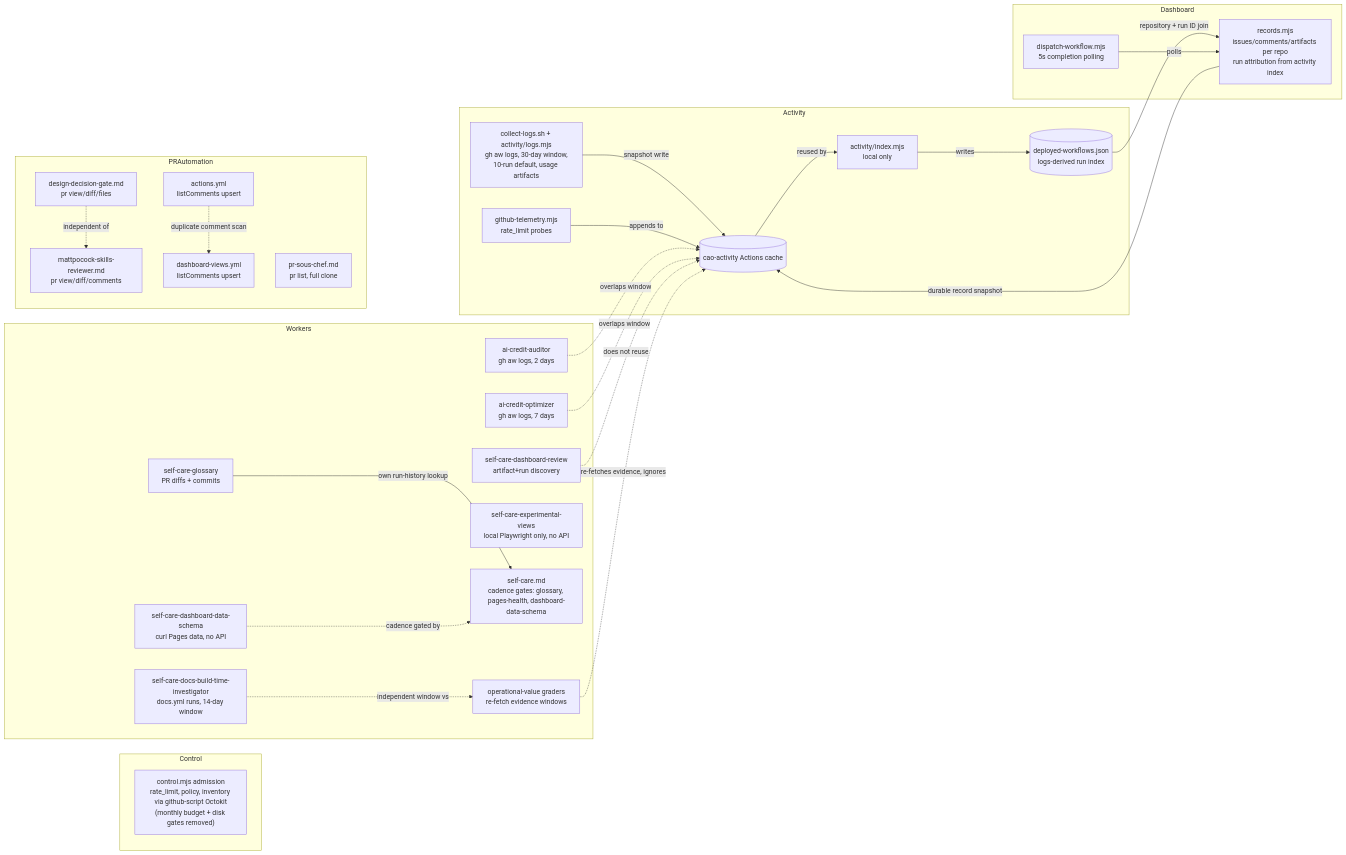
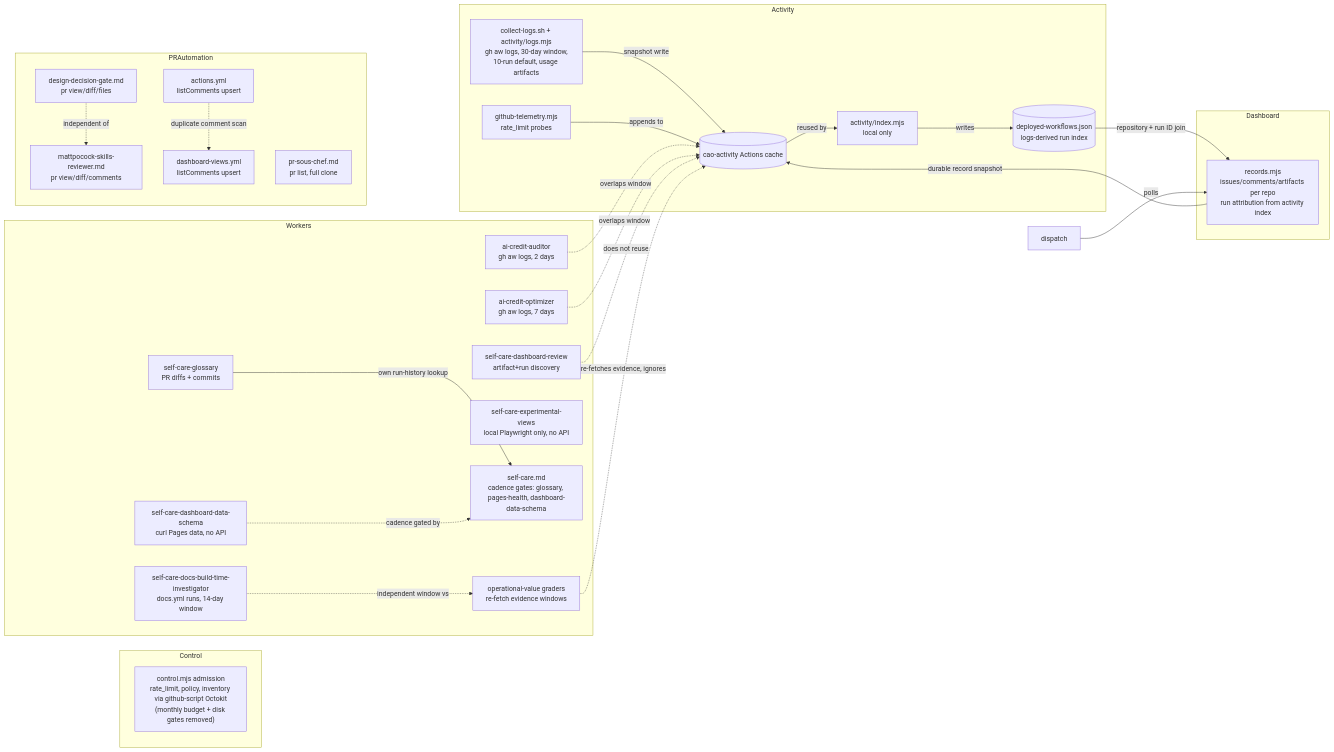
One commit to githubnext/gh-aw-cao changed the diagram in specs/data-acquisition-audit.md. Above: the diagram before and after it, drawn with Mermaid. The commit also changed other lines of this file and 17 other files, not shown here.

````diff
--- a/specs/data-acquisition-audit.md
+++ b/specs/data-acquisition-audit.md
@@ -192,51 +191,50 @@
 ```mermaid
 flowchart LR
   subgraph Control
     control["control.mjs admission<br/>rate_limit, policy, inventory via github-script Octokit<br/>(monthly budget + disk gates removed)"]
   end
   subgraph Activity
     logsmjs["collect-logs.sh + activity/logs.mjs<br/>gh aw logs, 30-day window,<br/>10-run default, usage artifacts"]
     indexmjs["activity/index.mjs<br/>local only"]
     runindex[("deployed-workflows.json<br/>logs-derived run index")]
     telemetry["github-telemetry.mjs<br/>rate_limit probes"]
     cache[("cao-activity Actions cache")]
   end
   subgraph Dashboard
     records["records.mjs<br/>issues/comments/artifacts per repo<br/>run attribution from activity index"]
-    dispatch["dispatch-workflow.mjs<br/>5s completion polling"]
   end
   subgraph Workers
     aicaud["ai-credit-auditor<br/>gh aw logs, 2 days"]
     aicopt["ai-credit-optimizer<br/>gh aw logs, 7 days"]
     reviewpf["self-care-dashboard-review<br/>artifact+run discovery"]
     glossary["self-care-glossary<br/>PR diffs + commits"]
     docsbt["self-care-docs-build-time-investigator<br/>docs.yml runs, 14-day window"]
     expviews["self-care-experimental-views<br/>local Playwright only, no API"]
     schemaworker["self-care-dashboard-data-schema<br/>curl Pages data, no API"]
     selfcare["self-care.md<br/>cadence gates: glossary, pages-health, dashboard-data-schema"]
     graders["operational-value graders<br/>re-fetch evidence windows"]
   end
   subgraph PRAutomation
     ddg["design-decision-gate.md<br/>pr view/diff/files"]
     mattpocock["mattpocock-skills-reviewer.md<br/>pr view/diff/comments"]
     soschef["pr-sous-chef.md<br/>pr list, full clone"]
     mobileci["actions.yml<br/>listComments upsert"]
     dashviews["dashboard-views.yml<br/>listComments upsert"]
   end
   logsmjs -->|snapshot write| cache
   cache -->|reused by| indexmjs
   indexmjs -->|writes| runindex
   runindex -->|repository + run ID join| records
   records -->|durable record snapshot| cache
   telemetry -->|appends to| cache
   dispatch -->|polls| records
   aicaud -.->|overlaps window| cache
   aicopt -.->|overlaps window| cache
   reviewpf -.->|does not reuse| cache
   glossary -->|own run-history lookup| selfcare
   schemaworker -.->|cadence gated by| selfcare
   docsbt -.->|independent window vs| graders
   graders -.->|re-fetches evidence, ignores| cache
   ddg -.->|independent of| mattpocock
   mobileci -.->|duplicate comment scan| dashviews
 ```
````
